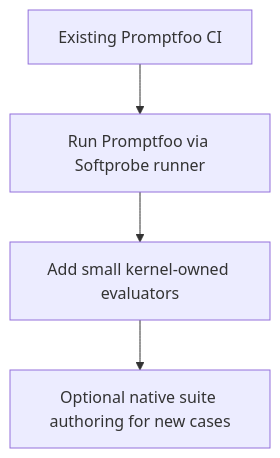
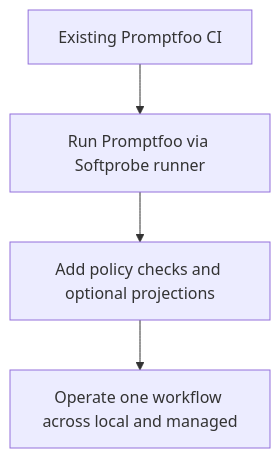
One commit to softprobe/document-website changed the second of 2 diagrams in en/evaluation/guides/promptfoo-integration.md. Above: the diagram before and after it, drawn with Mermaid. The commit also changed 10 other files, not shown here.

Commit message:
docs(evaluation): remove native authoring path; runner-first workflow

````diff
--- a/en/evaluation/guides/promptfoo-integration.md
+++ b/en/evaluation/guides/promptfoo-integration.md
@@ -74,8 +74,8 @@
 ```mermaid
 flowchart TB
   A[Existing Promptfoo CI]
   B[Run Promptfoo via Softprobe runner]
-  C[Add small kernel-owned evaluators]
-  D[Optional native suite authoring for new cases]
+  C[Add policy checks and optional projections]
+  D[Operate one workflow across local and managed]
   A --> B --> C --> D
 ```
````
